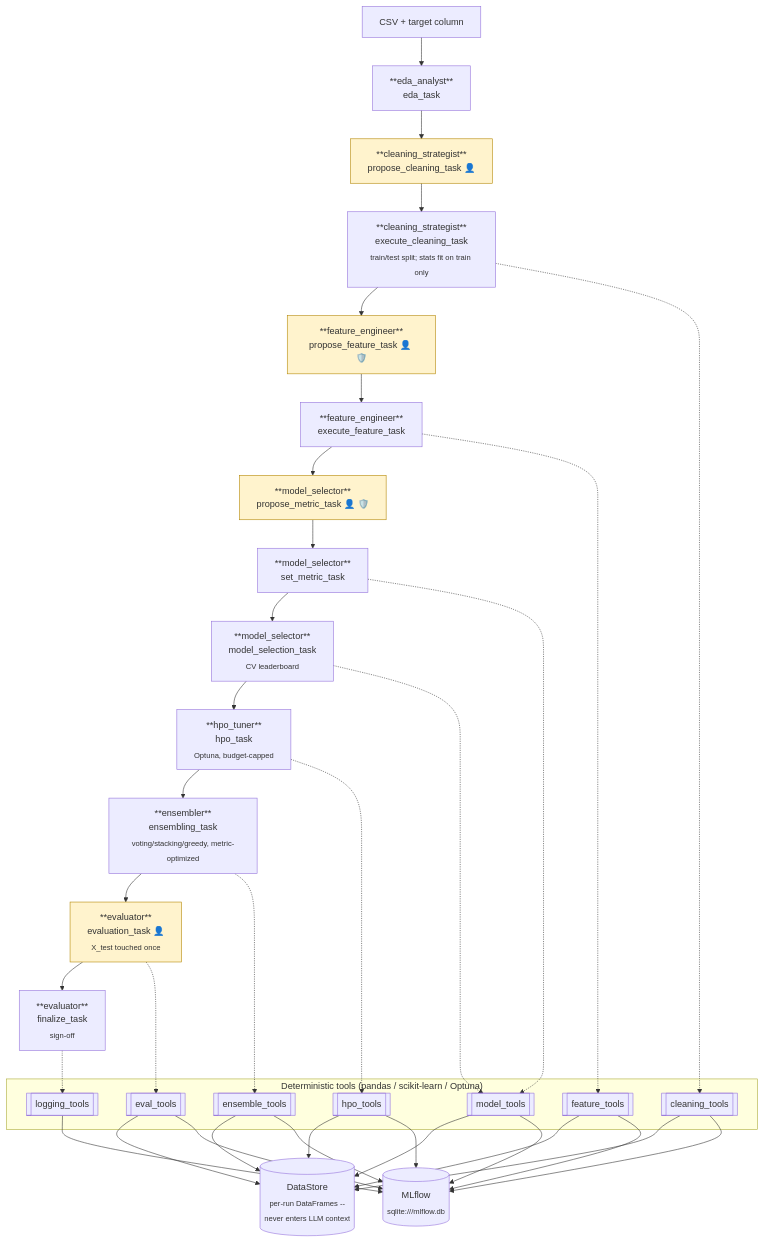
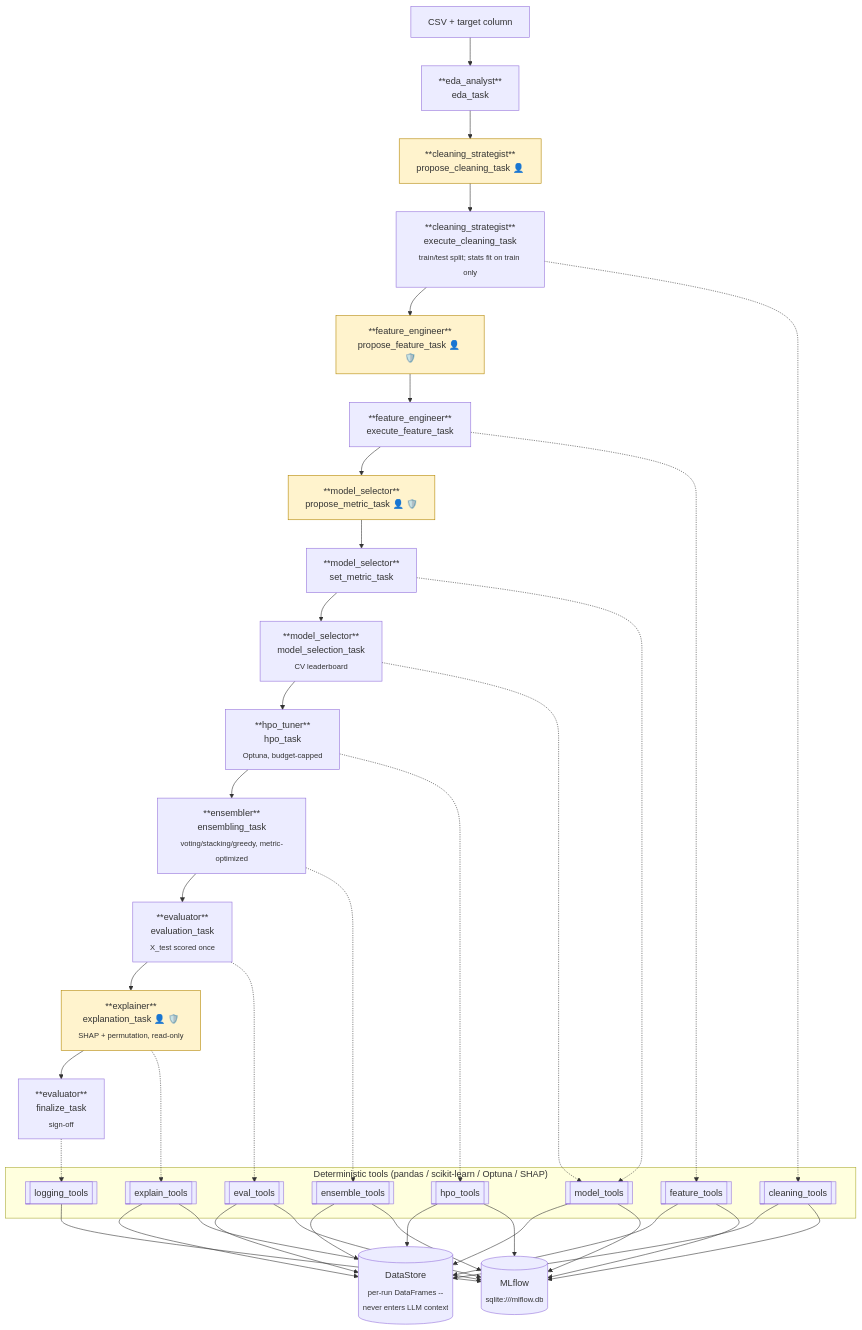
Before and after one commit to rushikeshdhumal/ml-agent-structured-data: the diagram in README.md, drawn with Mermaid. The commit also changed other lines of this file and 19 other files, not shown here.

Commit message:
Feat/Add model explainability layer (SHAP + permutation importance) (#3)

````diff
--- a/README.md
+++ b/README.md
@@ -59,46 +59,49 @@
 ```mermaid
 flowchart TD
     CSV["CSV + target column"]
     EDA["**eda_analyst**<br/>eda_task"]
     PC["**cleaning_strategist**<br/>propose_cleaning_task 👤"]
     EC["**cleaning_strategist**<br/>execute_cleaning_task<br/><sub>train/test split; stats fit on train only</sub>"]
     PF["**feature_engineer**<br/>propose_feature_task 👤 🛡️"]
     EF["**feature_engineer**<br/>execute_feature_task"]
     PM["**model_selector**<br/>propose_metric_task 👤 🛡️"]
     SM["**model_selector**<br/>set_metric_task"]
     MS["**model_selector**<br/>model_selection_task<br/><sub>CV leaderboard</sub>"]
     HPO["**hpo_tuner**<br/>hpo_task<br/><sub>Optuna, budget-capped</sub>"]
     ENS["**ensembler**<br/>ensembling_task<br/><sub>voting/stacking/greedy, metric-optimized</sub>"]
-    EV["**evaluator**<br/>evaluation_task 👤<br/><sub>X_test touched once</sub>"]
+    EV["**evaluator**<br/>evaluation_task<br/><sub>X_test scored once</sub>"]
+    EX["**explainer**<br/>explanation_task 👤 🛡️<br/><sub>SHAP + permutation, read-only</sub>"]
     FIN["**evaluator**<br/>finalize_task<br/><sub>sign-off</sub>"]
 
-    CSV --> EDA --> PC --> EC --> PF --> EF --> PM --> SM --> MS --> HPO --> ENS --> EV --> FIN
+    CSV --> EDA --> PC --> EC --> PF --> EF --> PM --> SM --> MS --> HPO --> ENS --> EV --> EX --> FIN
 
-    subgraph Tools["Deterministic tools (pandas / scikit-learn / Optuna)"]
+    subgraph Tools["Deterministic tools (pandas / scikit-learn / Optuna / SHAP)"]
         T1[[cleaning_tools]]
         T2[[feature_tools]]
         T3[[model_tools]]
         T4[[hpo_tools]]
         T7[[ensemble_tools]]
         T5[[eval_tools]]
+        T8[[explain_tools]]
         T6[[logging_tools]]
     end
 
     EC -.-> T1
     EF -.-> T2
     SM -.-> T3
     MS -.-> T3
     HPO -.-> T4
     ENS -.-> T7
     EV -.-> T5
+    EX -.-> T8
     FIN -.-> T6
 
     DS[("DataStore<br/><sub>per-run DataFrames --<br/>never enters LLM context</sub>")]
     MLF[("MLflow<br/><sub>sqlite:///mlflow.db</sub>")]
 
-    T1 & T2 & T3 & T4 & T7 & T5 --> DS
-    T1 & T2 & T3 & T4 & T7 & T5 & T6 --> MLF
+    T1 & T2 & T3 & T4 & T7 & T5 & T8 --> DS
+    T1 & T2 & T3 & T4 & T7 & T5 & T8 & T6 --> MLF
 
     classDef gate fill:#fff3cd,stroke:#b38600
-    class PC,PF,PM,EV gate
+    class PC,PF,PM,EX gate
 ```
````
